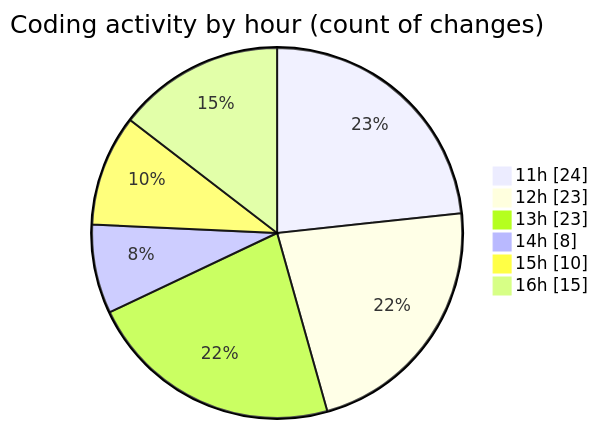
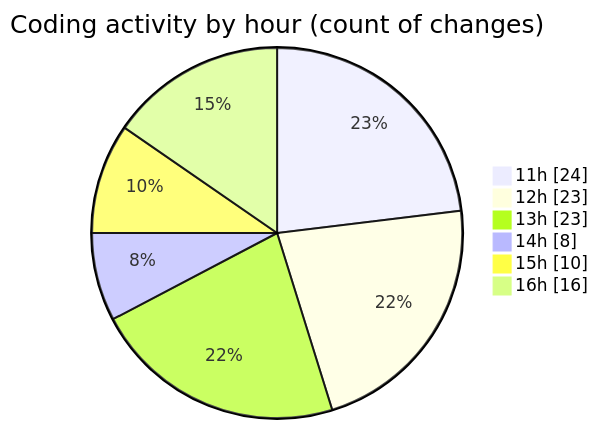
The second of 2 diagrams in 2025-09-18/nxtqube_webapp/README.md (nxtqubesakshisongat/code-tracking), drawn with Mermaid before and after one commit. The commit also changed other lines of this file and 1 other file, not shown here.

````diff
--- a/2025-09-18/nxtqube_webapp/README.md
+++ b/2025-09-18/nxtqube_webapp/README.md
@@ -48,10 +48,10 @@
 ```mermaid
 pie showData
 title Coding activity by hour (count of changes)
 "11h" : 24
 "12h" : 23
 "13h" : 23
 "14h" : 8
 "15h" : 10
-"16h" : 15
+"16h" : 16
 ```
````
